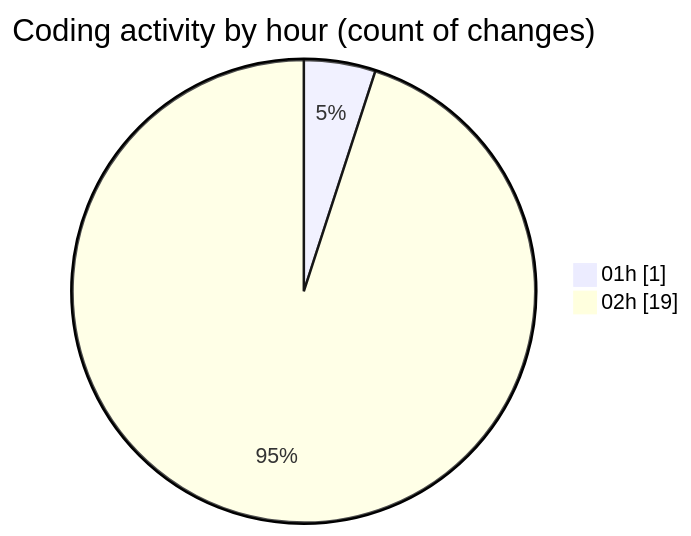
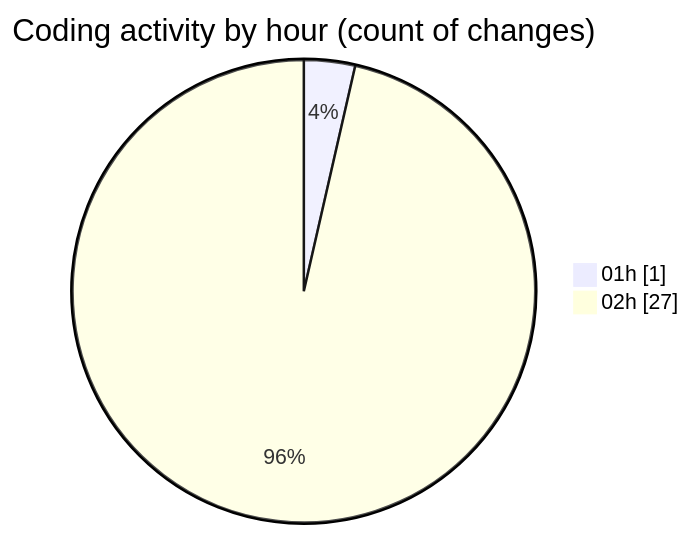
The second of 2 diagrams in 2025-02-21/uber_clone/README.md (donsfak/code-tracking), drawn with Mermaid before and after one commit. The commit also changed other lines of this file and 1 other file, not shown here.

````diff
--- a/2025-02-21/uber_clone/README.md
+++ b/2025-02-21/uber_clone/README.md
@@ -35,6 +35,6 @@
 ```mermaid
 pie showData
 title Coding activity by hour (count of changes)
 "01h" : 1
-"02h" : 19
+"02h" : 27
 ```
````
